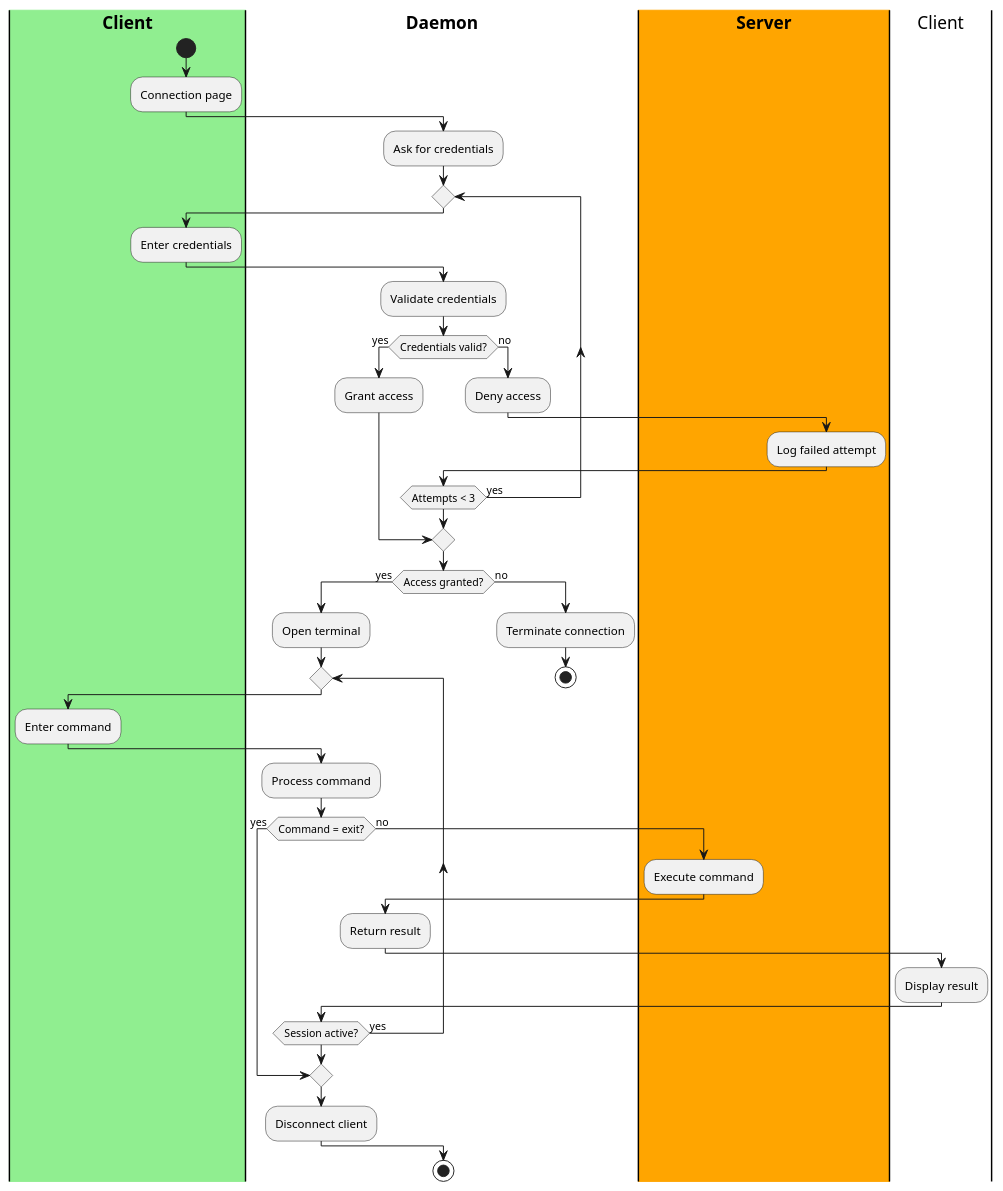
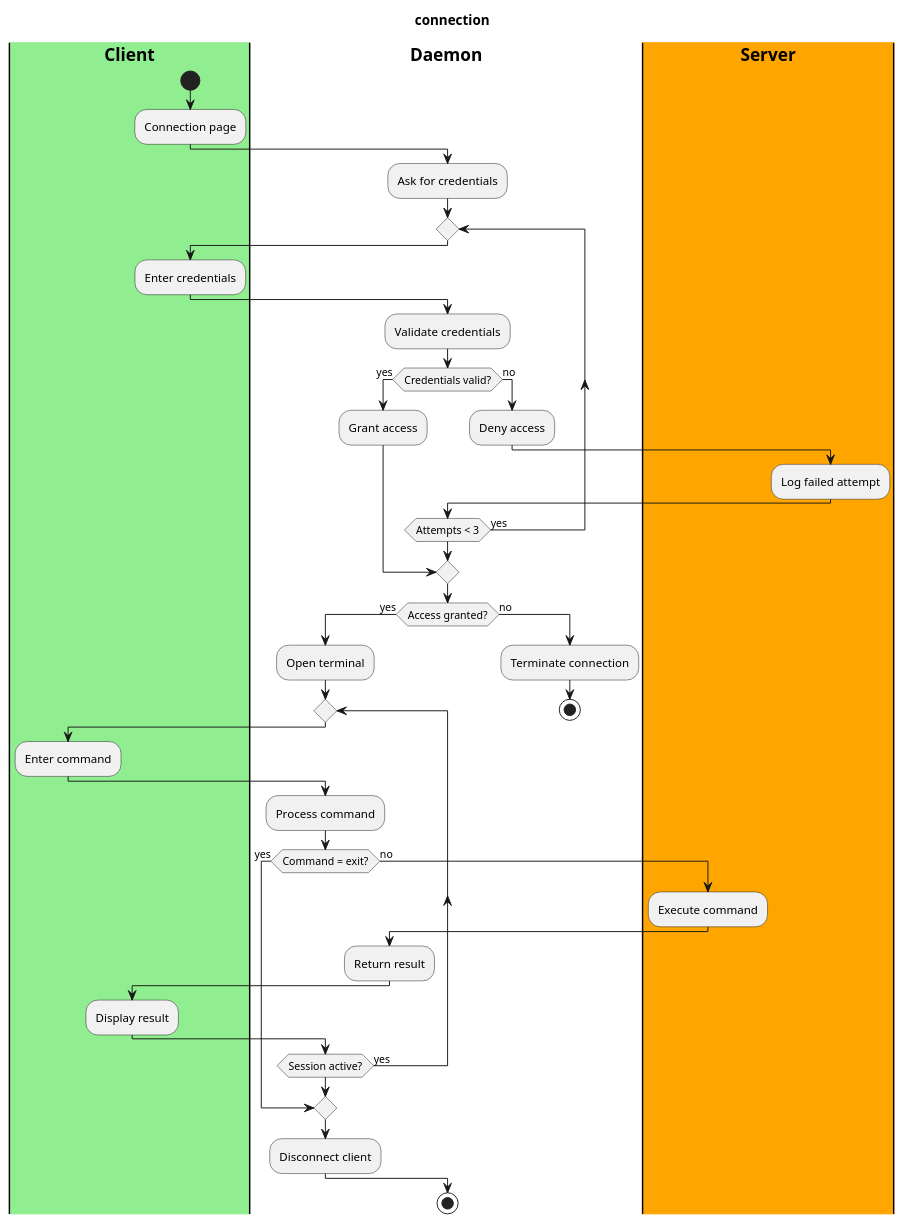
The diagram in connexion.puml (PatrickBevis/plantUML-test), drawn with PlantUML before and after one commit. The commit also changed 2 other files, not shown here.

```diff
--- a/connexion.puml
+++ b/connexion.puml
@@ -1,51 +1,52 @@
-@startuml telnet
+@startuml
+title connection
 |#Lightgreen|**Client**|
 start
 :Connection page;
 |**Daemon**|
 :Ask for credentials;
 
 repeat
     |**Client**|
     :Enter credentials;
     |**Daemon**|
     :Validate credentials;
     if (Credentials valid?) then (yes)
         :Grant access;
         break
     else (no)
         :Deny access;
         |#Orange|**Server**|
         :Log failed attempt;
         |**Daemon**|
     endif
 repeat while (Attempts < 3) is (yes)
 
 if (Access granted?) then (yes)
     :Open terminal;
     repeat
         |**Client**|
         :Enter command;
         |**Daemon**|
         :Process command;
         if (Command = exit?) then (yes)
             break
         else (no)
             |**Server**|
             :Execute command;
             |**Daemon**|
             :Return result;
-            |Client|
+            |**Client**|
             :Display result;
         endif
     |**Daemon**|
     repeat while (Session active?) is (yes)
     :Disconnect client;
 else (no)
     :Terminate connection;
     stop
 endif
 
 stop
 
 @enduml
```
